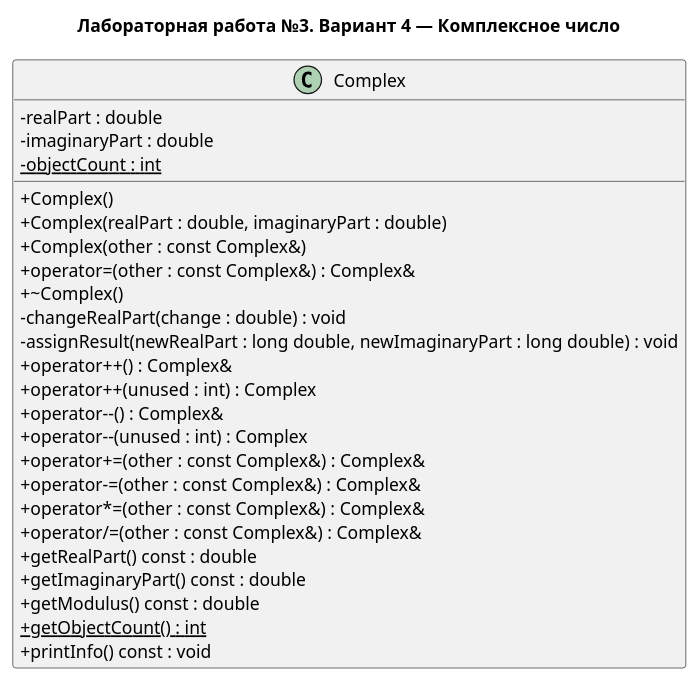
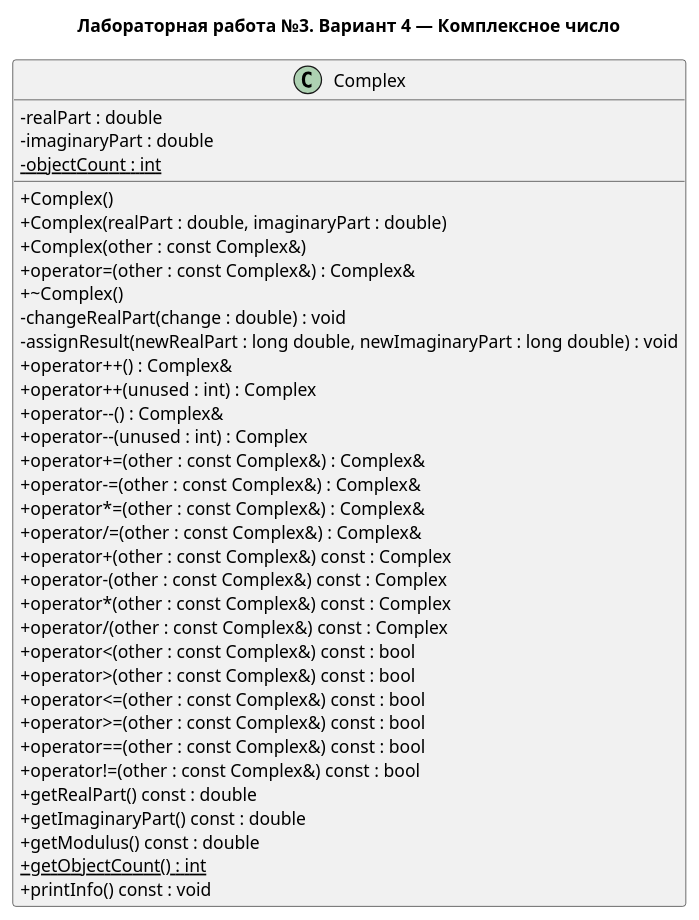
One commit to lnknwl/lab3 changed the diagram in uml/complex.puml. Above: the diagram before and after it, drawn with PlantUML. The commit also changed 8 other files, not shown here.

```diff
--- a/uml/complex.puml
+++ b/uml/complex.puml
@@ -1,31 +1,41 @@
 @startuml
 title Лабораторная работа №3. Вариант 4 — Комплексное число
 skinparam classAttributeIconSize 0
 
 class Complex {
     - realPart : double
     - imaginaryPart : double
     - {static} objectCount : int
     + Complex()
     + Complex(realPart : double, imaginaryPart : double)
     + Complex(other : const Complex&)
     + operator=(other : const Complex&) : Complex&
     + ~Complex()
     - changeRealPart(change : double) : void
     - assignResult(newRealPart : long double, newImaginaryPart : long double) : void
     + operator++() : Complex&
     + operator++(unused : int) : Complex
     + operator--() : Complex&
     + operator--(unused : int) : Complex
     + operator+=(other : const Complex&) : Complex&
     + operator-=(other : const Complex&) : Complex&
     + operator*=(other : const Complex&) : Complex&
     + operator/=(other : const Complex&) : Complex&
+    + operator+(other : const Complex&) const : Complex
+    + operator-(other : const Complex&) const : Complex
+    + operator*(other : const Complex&) const : Complex
+    + operator/(other : const Complex&) const : Complex
+    + operator<(other : const Complex&) const : bool
+    + operator>(other : const Complex&) const : bool
+    + operator<=(other : const Complex&) const : bool
+    + operator>=(other : const Complex&) const : bool
+    + operator==(other : const Complex&) const : bool
+    + operator!=(other : const Complex&) const : bool
     + getRealPart() const : double
     + getImaginaryPart() const : double
     + getModulus() const : double
     + {static} getObjectCount() : int
     + printInfo() const : void
 }
 
 @enduml
```
